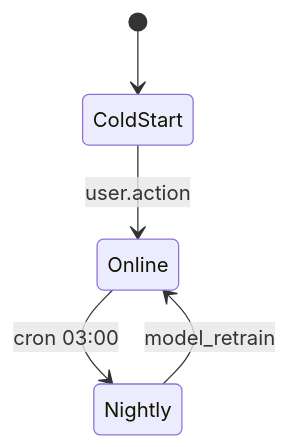
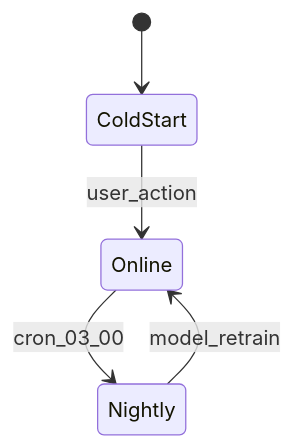
The tenth of 15 diagrams in Readme.md (samogonshiki/KulturaGo_Docs), drawn with Mermaid before and after one commit. The commit also changed other lines of this file, not shown here.

Commit message:
SCRUM-2 Update: add new information for service and add UML-graph + table with API REQ

````diff
--- a/Readme.md
+++ b/Readme.md
@@ -388,7 +387,7 @@
 ```mermaid
 stateDiagram-v2
     [*] --> ColdStart
-    ColdStart --> Online : user.action
-    Online --> Nightly : cron 03:00
-    Nightly --> Online : model_retrain
+    ColdStart --> Online : user_action
+    Online --> Nightly  : cron_03_00
+    Nightly --> Online  : model_retrain
 ```
````
